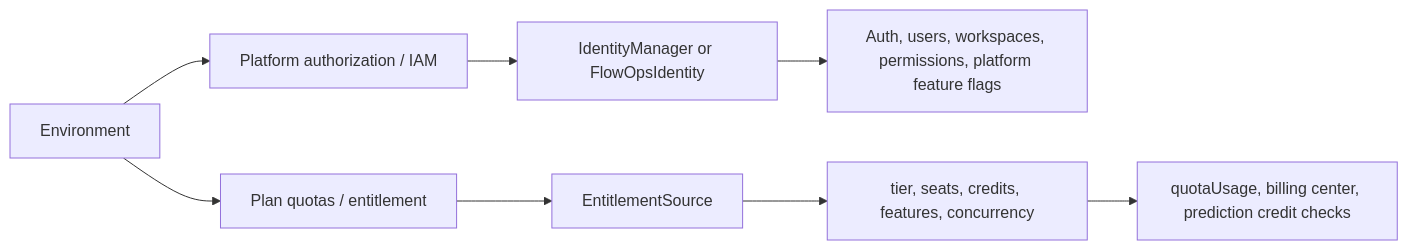
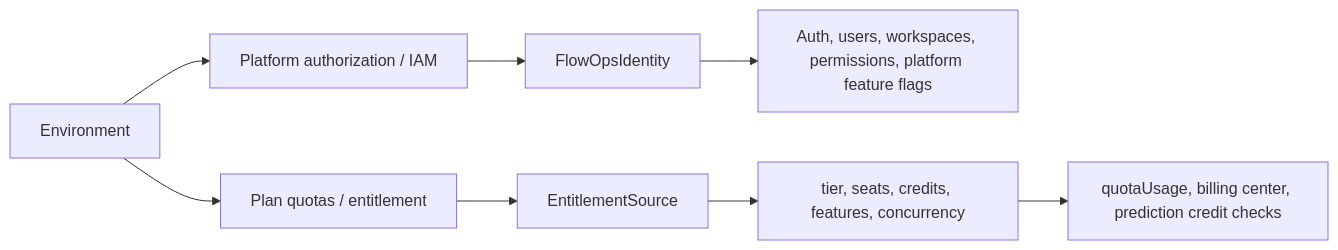
The diagram in docs/commercialization-model.md (limeng1008/flowOps), drawn with Mermaid before and after one commit. The commit also changed other lines of this file and 2 other files, not shown here.

Commit message:
docs(iam): document self IAM single track phase E

````diff
--- a/docs/commercialization-model.md
+++ b/docs/commercialization-model.md
@@ -10,12 +10,12 @@
 ```mermaid
 flowchart LR
     Env["Environment"] --> IAM["Platform authorization / IAM"]
     Env --> Entitlement["Plan quotas / entitlement"]
 
-    IAM --> Identity["IdentityManager or FlowOpsIdentity"]
+    IAM --> Identity["FlowOpsIdentity"]
     Identity --> Auth["Auth, users, workspaces, permissions, platform feature flags"]
 
     Entitlement --> Source["EntitlementSource"]
     Source --> Quotas["tier, seats, credits, features, concurrency"]
     Quotas --> Gates["quotaUsage, billing center, prediction credit checks"]
 ```
````
